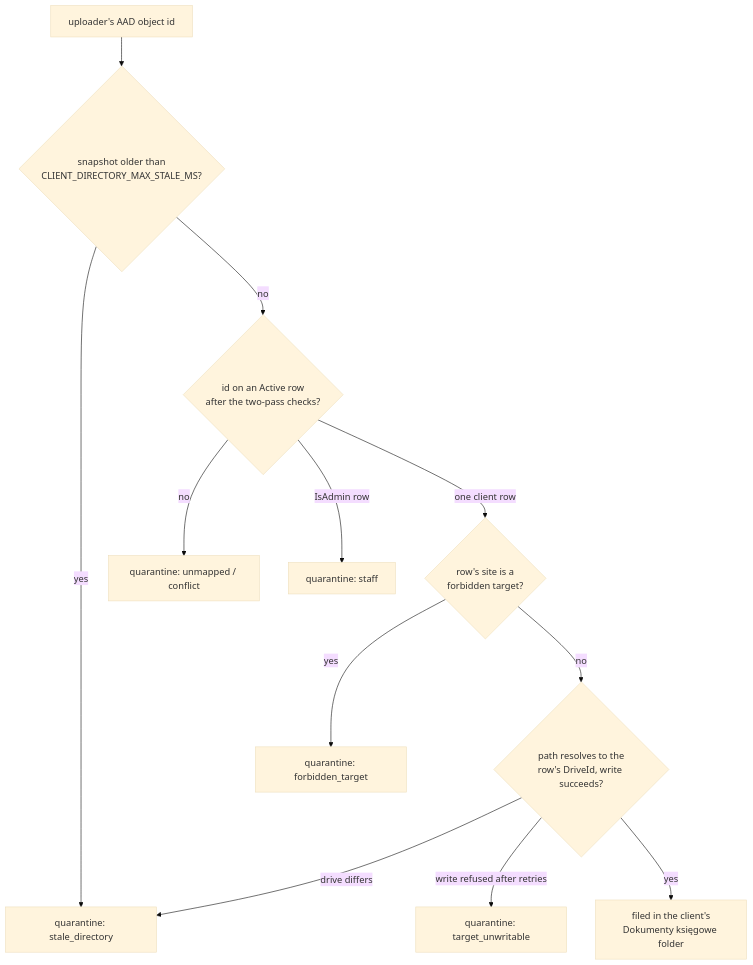
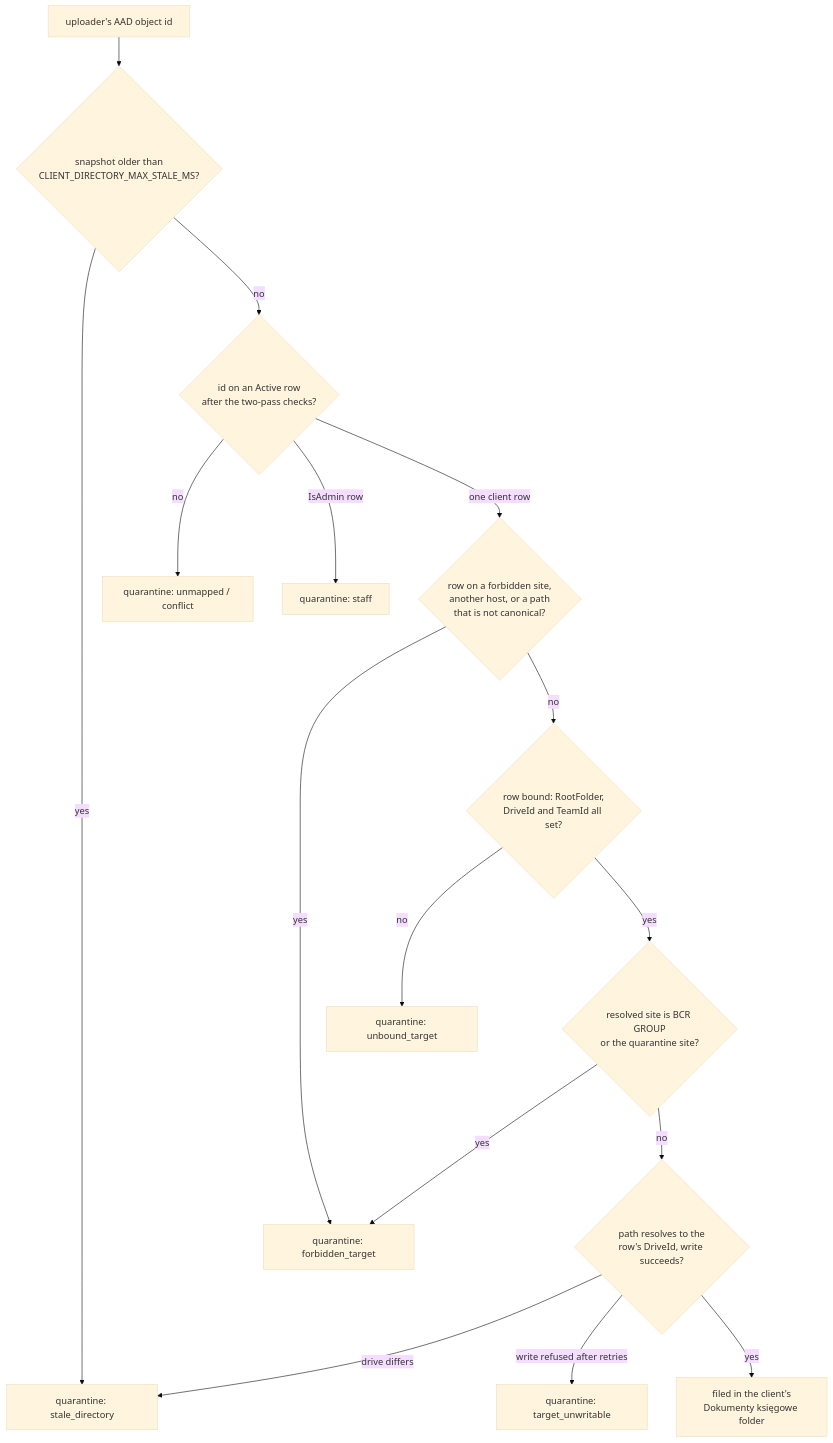
Before and after one commit to cheekeebreekee/bcr-ledger-agent: the third of 3 diagrams in ARCHITECTURE.md, drawn with Mermaid (base theme). The commit also changed other lines of this file and 7 other files, not shown here.

````diff
--- a/ARCHITECTURE.md
+++ b/ARCHITECTURE.md
@@ -195,14 +195,18 @@
 ```mermaid
 flowchart TD
   A[uploader's AAD object id] --> B{snapshot older than<br/>CLIENT_DIRECTORY_MAX_STALE_MS?}
   B -- yes --> Q1[quarantine: stale_directory]
   B -- no --> C{id on an Active row<br/>after the two-pass checks?}
   C -- no --> Q2[quarantine: unmapped / conflict]
   C -- IsAdmin row --> Q3[quarantine: staff]
-  C -- one client row --> D{row's site is a<br/>forbidden target?}
+  C -- one client row --> D{row on a forbidden site,<br/>another host, or a path<br/>that is not canonical?}
   D -- yes --> Q4[quarantine: forbidden_target]
-  D -- no --> E{path resolves to the<br/>row's DriveId, write succeeds?}
+  D -- no --> U{row bound: RootFolder,<br/>DriveId and TeamId all set?}
+  U -- no --> Q6[quarantine: unbound_target]
+  U -- yes --> G{resolved site is BCR GROUP<br/>or the quarantine site?}
+  G -- yes --> Q4
+  G -- no --> E{path resolves to the<br/>row's DriveId, write succeeds?}
   E -- drive differs --> Q1
   E -- write refused after retries --> Q5[quarantine: target_unwritable]
   E -- yes --> F[filed in the client's<br/>Dokumenty księgowe folder]
 ```
````
